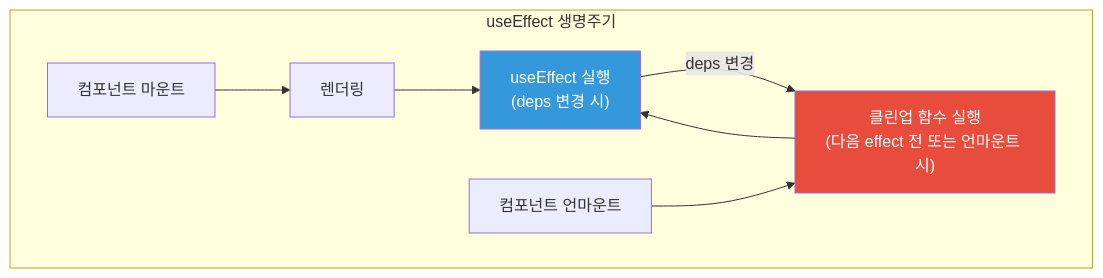
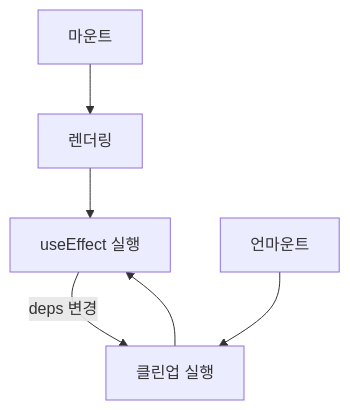
One commit to yjkim2015/yjkim2015.github.io changed the second of 5 diagrams in _posts/frontend/2026-05-01-react.md. Above: the diagram before and after it, drawn with Mermaid. The commit also changed other lines of this file and 215 other files, not shown here.

First line of the commit message:
신규 포스트 10개 추가 + Mermaid 전면 축소 + SystemDesign 시리즈 보강

````diff
--- a/_posts/frontend/2026-05-01-react.md
+++ b/_posts/frontend/2026-05-01-react.md
@@ -144,18 +125,7 @@
 ```mermaid
 flowchart TD
-    subgraph "useEffect 생명주기"
-        MOUNT["컴포넌트 마운트"]
-        RENDER["렌더링"]
-        EFFECT["useEffect 실행\n(deps 변경 시)"]
-        CLEANUP["클린업 함수 실행\n(다음 effect 전 또는 언마운트 시)"]
-        UNMOUNT["컴포넌트 언마운트"]
-    end
-
-    MOUNT --> RENDER --> EFFECT
-    EFFECT -->|"deps 변경"| CLEANUP
+    MOUNT["마운트"] --> RENDER["렌더링"] --> EFFECT["useEffect 실행"]
+    EFFECT -->|"deps 변경"| CLEANUP["클린업 실행"]
     CLEANUP --> EFFECT
-    UNMOUNT --> CLEANUP
-
-    style EFFECT fill:#3498db,color:#fff
-    style CLEANUP fill:#e74c3c,color:#fff
+    UNMOUNT["언마운트"] --> CLEANUP
 ```
````
